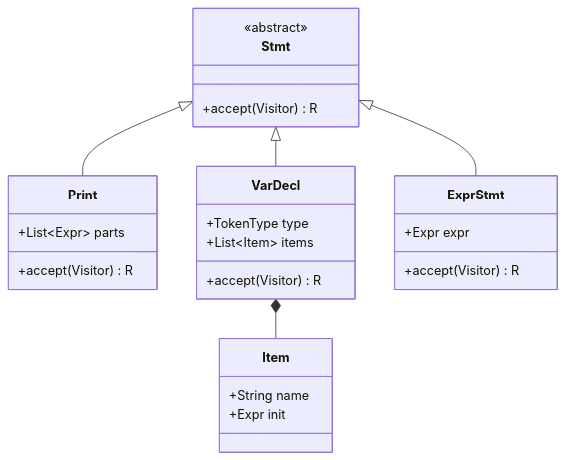
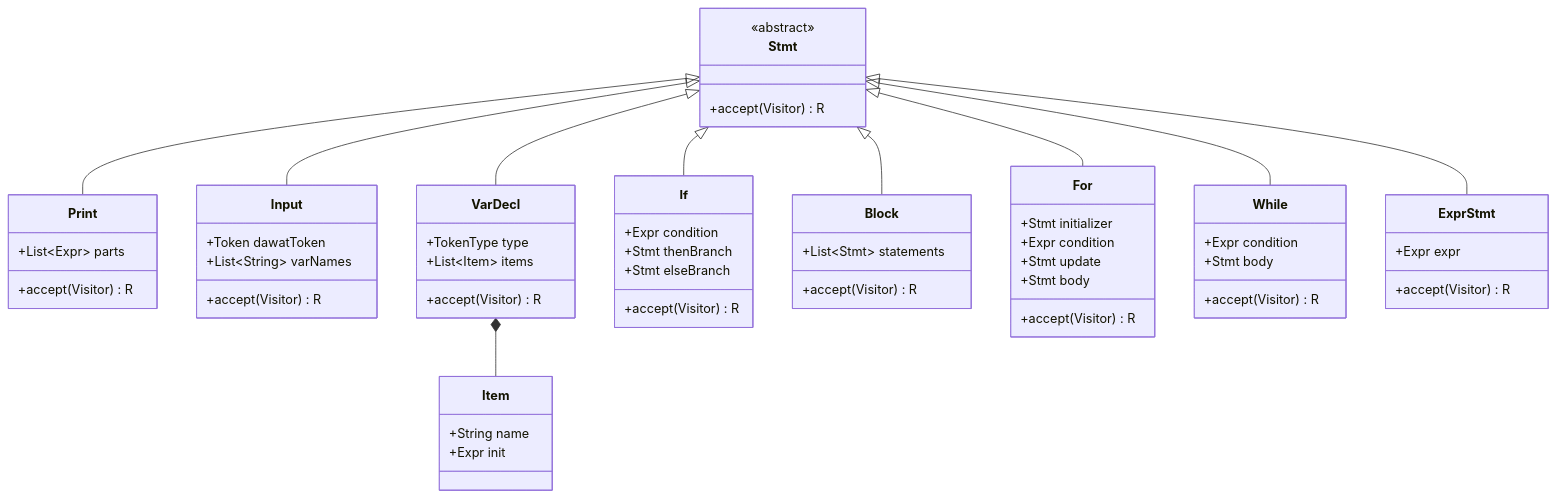
One commit to McKlay/bisaya-interpreter changed the second of 5 diagrams in docs/parser-specification.md. Above: the diagram before and after it, drawn with Mermaid. The commit also changed other lines of this file and 9 other files, not shown here.

````diff
--- a/docs/parser-specification.md
+++ b/docs/parser-specification.md
@@ -98,33 +132,70 @@
 ```mermaid
 classDiagram
     class Stmt {
         <<abstract>>
         +accept(Visitor) R
     }
     
     class Print {
         +List~Expr~ parts
         +accept(Visitor) R
     }
     
+    class Input {
+        +Token dawatToken
+        +List~String~ varNames
+        +accept(Visitor) R
+    }
+    
     class VarDecl {
         +TokenType type
         +List~Item~ items
+        +accept(Visitor) R
+    }
+    
+    class If {
+        +Expr condition
+        +Stmt thenBranch
+        +Stmt elseBranch
+        +accept(Visitor) R
+    }
+    
+    class Block {
+        +List~Stmt~ statements
+        +accept(Visitor) R
+    }
+    
+    class For {
+        +Stmt initializer
+        +Expr condition
+        +Stmt update
+        +Stmt body
+        +accept(Visitor) R
+    }
+    
+    class While {
+        +Expr condition
+        +Stmt body
         +accept(Visitor) R
     }
     
     class ExprStmt {
         +Expr expr
         +accept(Visitor) R
     }
     
     class Item {
         +String name
         +Expr init
     }
     
     Stmt <|-- Print
+    Stmt <|-- Input
     Stmt <|-- VarDecl  
+    Stmt <|-- If
+    Stmt <|-- Block
+    Stmt <|-- For
+    Stmt <|-- While
     Stmt <|-- ExprStmt
     VarDecl *-- Item
 ```
````
